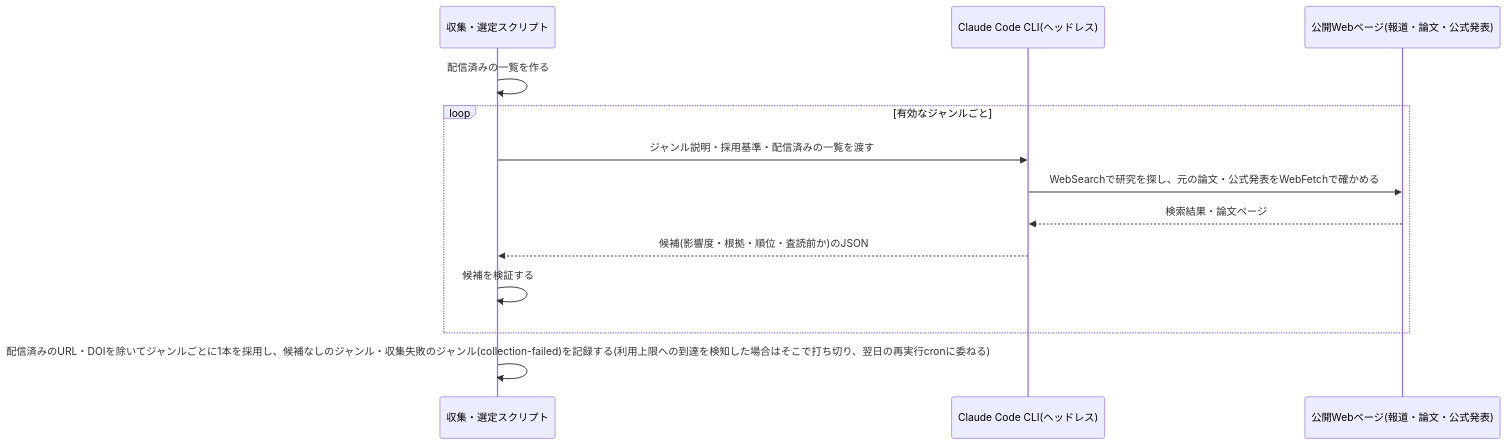
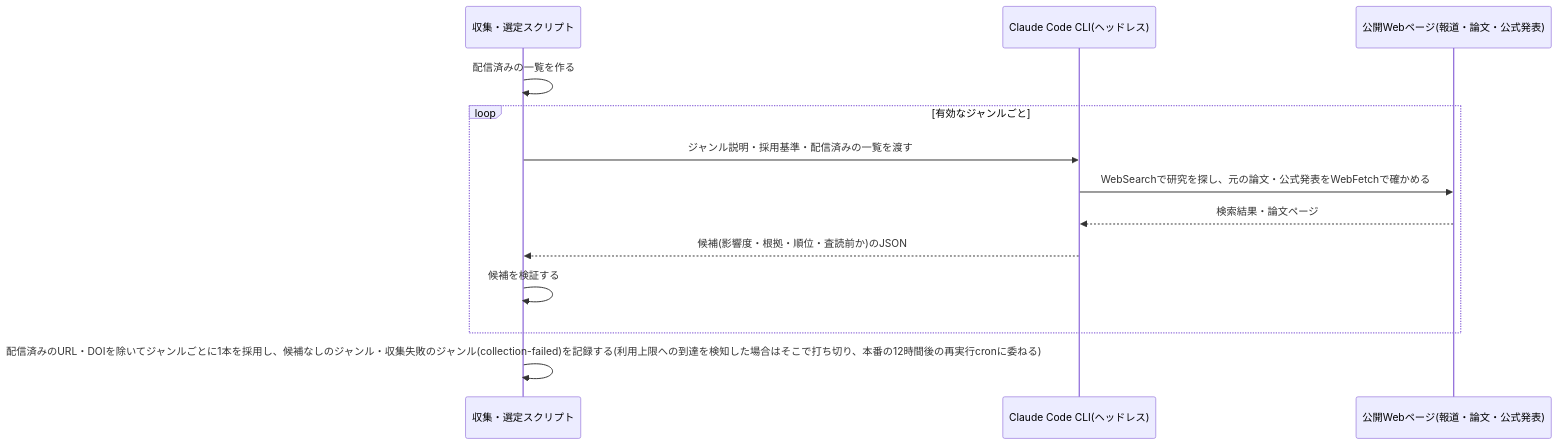
Before and after one commit to zakiyama0108/benriyatool: the diagram in specs/research-digest/content-selection/design.md, drawn with Mermaid. The commit also changed other lines of this file and 14 other files, not shown here.

````diff
--- a/specs/research-digest/content-selection/design.md
+++ b/specs/research-digest/content-selection/design.md
@@ -74,16 +74,16 @@
 ```mermaid
 sequenceDiagram
     participant script as 収集・選定スクリプト
     participant claude as Claude Code CLI(ヘッドレス)
     participant web as 公開Webページ(報道・論文・公式発表)
 
     script ->> script: 配信済みの一覧を作る
     loop 有効なジャンルごと
         script ->> claude: ジャンル説明・採用基準・配信済みの一覧を渡す
         claude ->> web: WebSearchで研究を探し、元の論文・公式発表をWebFetchで確かめる
         web -->> claude: 検索結果・論文ページ
         claude -->> script: 候補(影響度・根拠・順位・査読前か)のJSON
         script ->> script: 候補を検証する
     end
-    script ->> script: 配信済みのURL・DOIを除いてジャンルごとに1本を採用し、候補なしのジャンル・収集失敗のジャンル(collection-failed)を記録する(利用上限への到達を検知した場合はそこで打ち切り、翌日の再実行cronに委ねる)
+    script ->> script: 配信済みのURL・DOIを除いてジャンルごとに1本を採用し、候補なしのジャンル・収集失敗のジャンル(collection-failed)を記録する(利用上限への到達を検知した場合はそこで打ち切り、本番の12時間後の再実行cronに委ねる)
 ```
````
